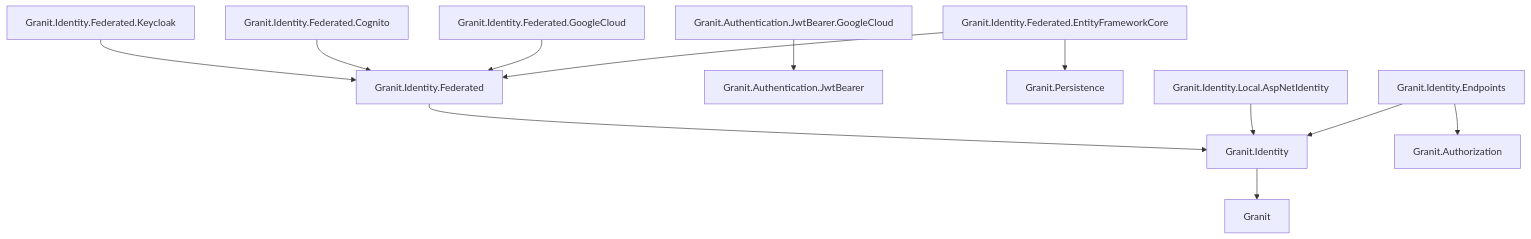
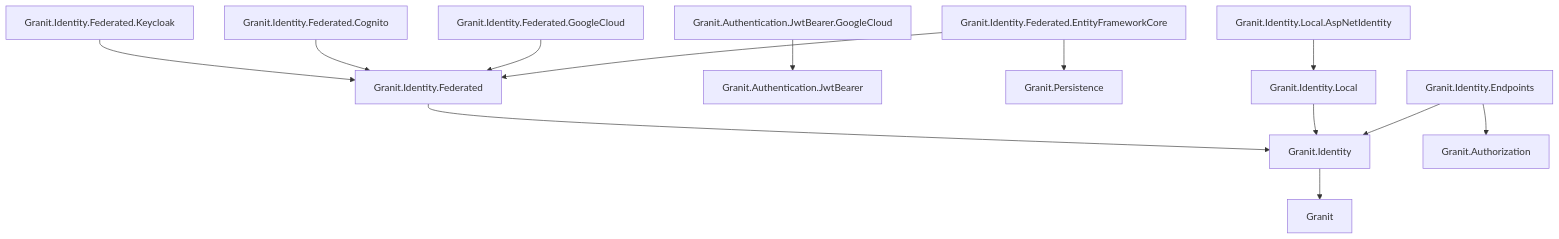
One commit to granit-fx/granit-dotnet changed the first of 2 diagrams in docs-site/src/content/docs/dotnet/security/identity.mdx. Above: the diagram before and after it, drawn with Mermaid. The commit also changed other lines of this file and 28 other files, not shown here.

First line of the commit message:
refactor(identity): extract Granit.Identity.Local from Granit.OpenIddict

````diff
--- a/docs-site/src/content/docs/dotnet/security/identity.mdx
+++ b/docs-site/src/content/docs/dotnet/security/identity.mdx
@@ -44,14 +46,15 @@
 ```mermaid
 graph TD
     I[Granit.Identity] --> C[Granit]
     IF[Granit.Identity.Federated] --> I
     IK[Granit.Identity.Federated.Keycloak] --> IF
     IC[Granit.Identity.Federated.Cognito] --> IF
     IGC[Granit.Identity.Federated.GoogleCloud] --> IF
     AGC[Granit.Authentication.JwtBearer.GoogleCloud] --> JB[Granit.Authentication.JwtBearer]
     IEF[Granit.Identity.Federated.EntityFrameworkCore] --> IF
     IEF --> P[Granit.Persistence]
-    ILA[Granit.Identity.Local.AspNetIdentity] --> I
+    IL[Granit.Identity.Local] --> I
+    ILA[Granit.Identity.Local.AspNetIdentity] --> IL
     IE[Granit.Identity.Endpoints] --> I
     IE --> AZ[Granit.Authorization]
 ```
````
